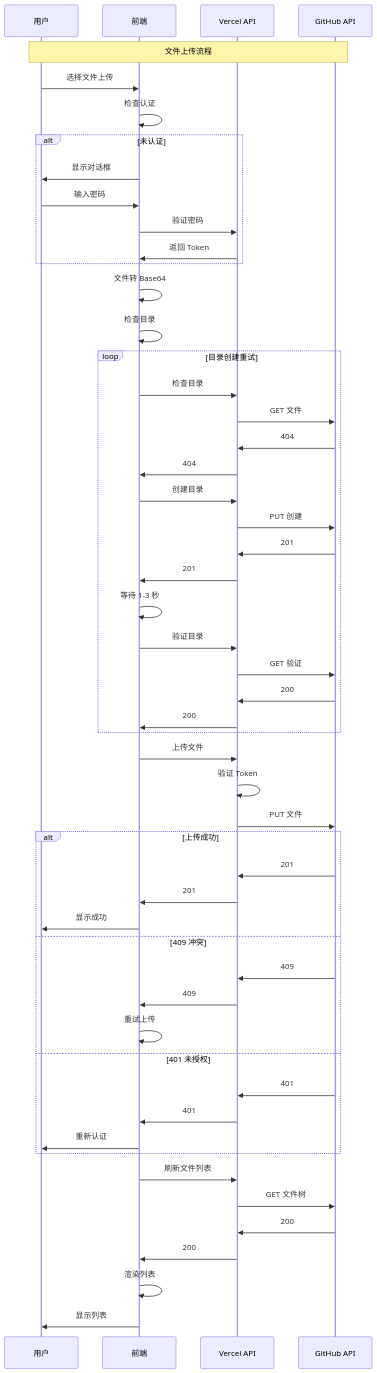
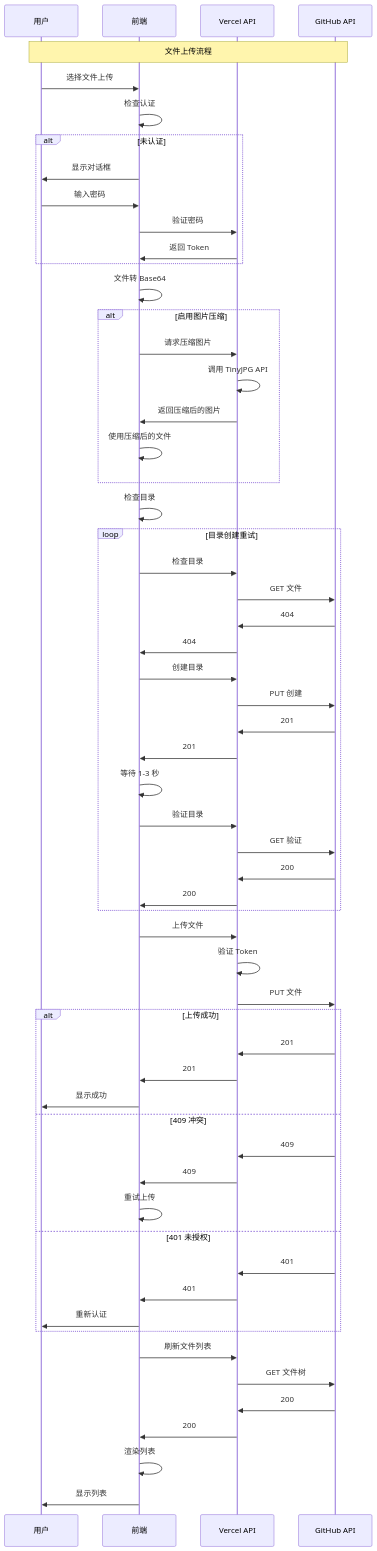
One commit to hoochanlon/picx-images-hosting changed the second of 4 diagrams in docs/architecture.md. Above: the diagram before and after it, drawn with Mermaid. The commit also changed other lines of this file and 3 other files, not shown here.

````diff
--- a/docs/architecture.md
+++ b/docs/architecture.md
@@ -43,62 +43,68 @@
 ```mermaid
 sequenceDiagram
     participant User as 用户
     participant Frontend as 前端
     participant API as Vercel API
     participant GitHub as GitHub API
     
     Note over User,GitHub: 文件上传流程
     
     User->>Frontend: 选择文件上传
     Frontend->>Frontend: 检查认证
     alt 未认证
         Frontend->>User: 显示对话框
         User->>Frontend: 输入密码
         Frontend->>API: 验证密码
         API->>Frontend: 返回 Token
     end
     
     Frontend->>Frontend: 文件转 Base64
+    alt 启用图片压缩
+        Frontend->>API: 请求压缩图片
+        API->>API: 调用 TinyJPG API
+        API->>Frontend: 返回压缩后的图片
+        Frontend->>Frontend: 使用压缩后的文件
+    end
     Frontend->>Frontend: 检查目录
     
     loop 目录创建重试
         Frontend->>API: 检查目录
         API->>GitHub: GET 文件
         GitHub->>API: 404
         API->>Frontend: 404
         Frontend->>API: 创建目录
         API->>GitHub: PUT 创建
         GitHub->>API: 201
         API->>Frontend: 201
         Frontend->>Frontend: 等待 1-3 秒
         Frontend->>API: 验证目录
         API->>GitHub: GET 验证
         GitHub->>API: 200
         API->>Frontend: 200
     end
     
     Frontend->>API: 上传文件
     API->>API: 验证 Token
     API->>GitHub: PUT 文件
     
     alt 上传成功
         GitHub->>API: 201
         API->>Frontend: 201
         Frontend->>User: 显示成功
     else 409 冲突
         GitHub->>API: 409
         API->>Frontend: 409
         Frontend->>Frontend: 重试上传
     else 401 未授权
         GitHub->>API: 401
         API->>Frontend: 401
         Frontend->>User: 重新认证
     end
     
     Frontend->>API: 刷新文件列表
     API->>GitHub: GET 文件树
     GitHub->>API: 200
     API->>Frontend: 200
     Frontend->>Frontend: 渲染列表
     Frontend->>User: 显示列表
 ```
````
